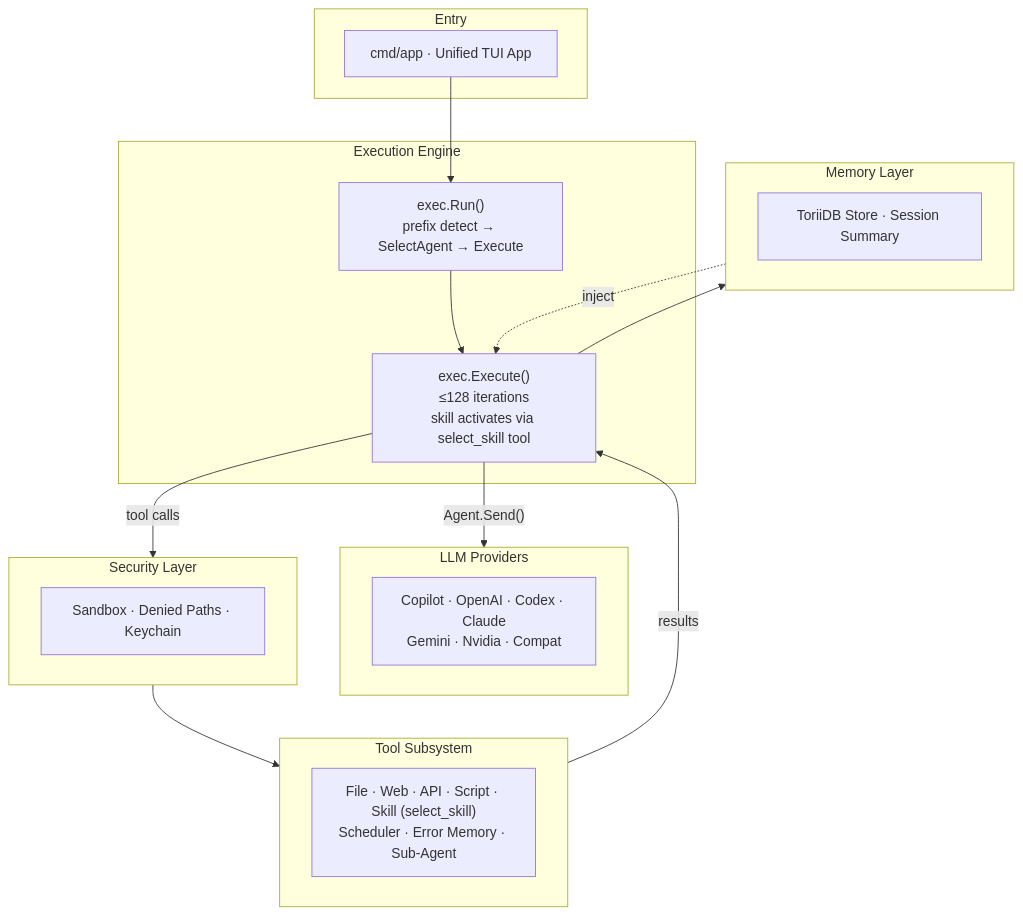
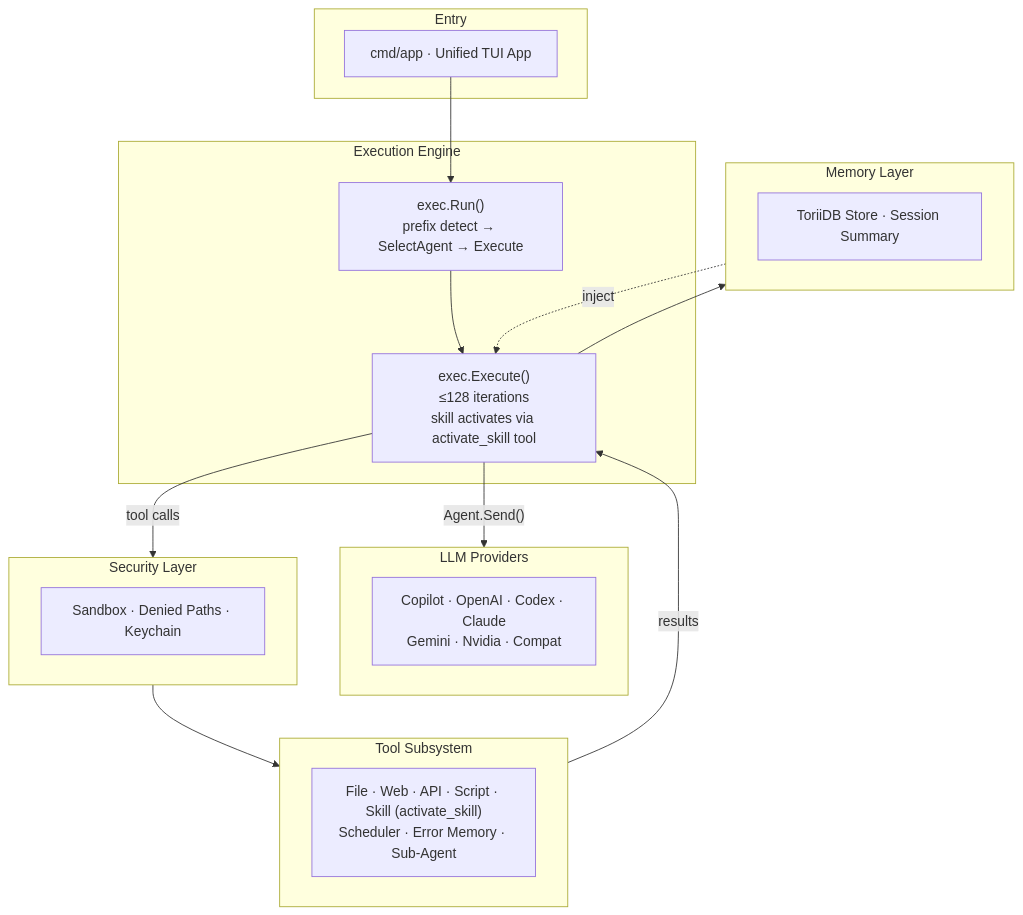
One commit to pardnchiu/Agenvoy changed the diagram in README.md. Above: the diagram before and after it, drawn with Mermaid. The commit also changed other lines of this file and 27 other files, not shown here.

````diff
--- a/README.md
+++ b/README.md
@@ -51,36 +51,36 @@
 ```mermaid
 graph TB
     subgraph Entry ["Entry"]
         App["cmd/app · Unified TUI App"]
     end
 
     subgraph Engine ["Execution Engine"]
         Run["exec.Run()\nprefix detect → SelectAgent → Execute"]
-        Execute["exec.Execute()\n≤128 iterations\nskill activates via select_skill tool"]
+        Execute["exec.Execute()\n≤128 iterations\nskill activates via activate_skill tool"]
     end
 
     subgraph Providers ["LLM Providers"]
         P["Copilot · OpenAI · Codex · Claude\nGemini · Nvidia · Compat"]
     end
 
     subgraph Security ["Security Layer"]
         S["Sandbox · Denied Paths · Keychain"]
     end
 
     subgraph Tools ["Tool Subsystem"]
-        T["File · Web · API · Script · Skill (select_skill)\nScheduler · Error Memory · Sub-Agent"]
+        T["File · Web · API · Script · Skill (activate_skill)\nScheduler · Error Memory · Sub-Agent"]
     end
 
     subgraph Memory ["Memory Layer"]
         M["ToriiDB Store · Session Summary"]
     end
 
     App --> Run
     Run --> Execute
     Execute -->|"Agent.Send()"| Providers
     Execute -->|"tool calls"| Security
     Security --> Tools
     Tools -->|"results"| Execute
     Execute --> Memory
     Memory -.->|"inject"| Execute
 ```
````
